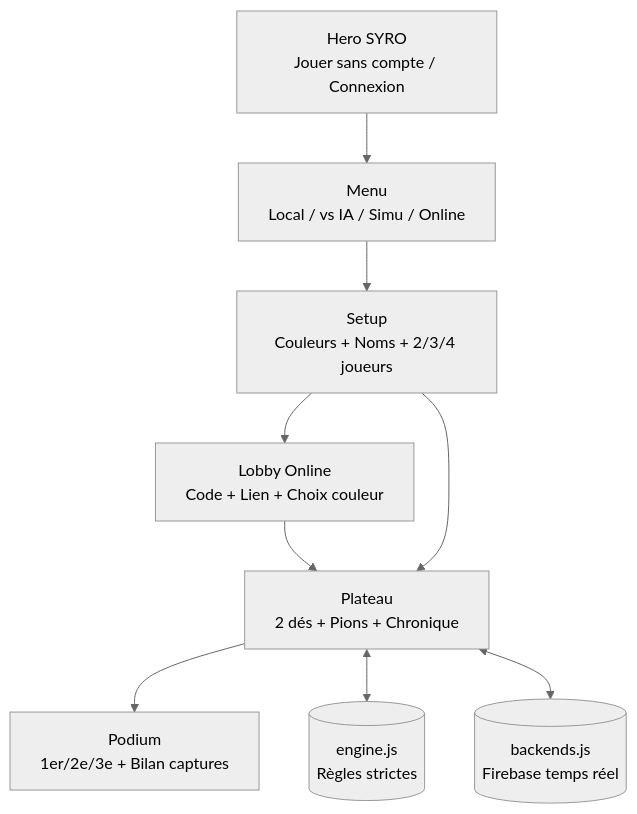
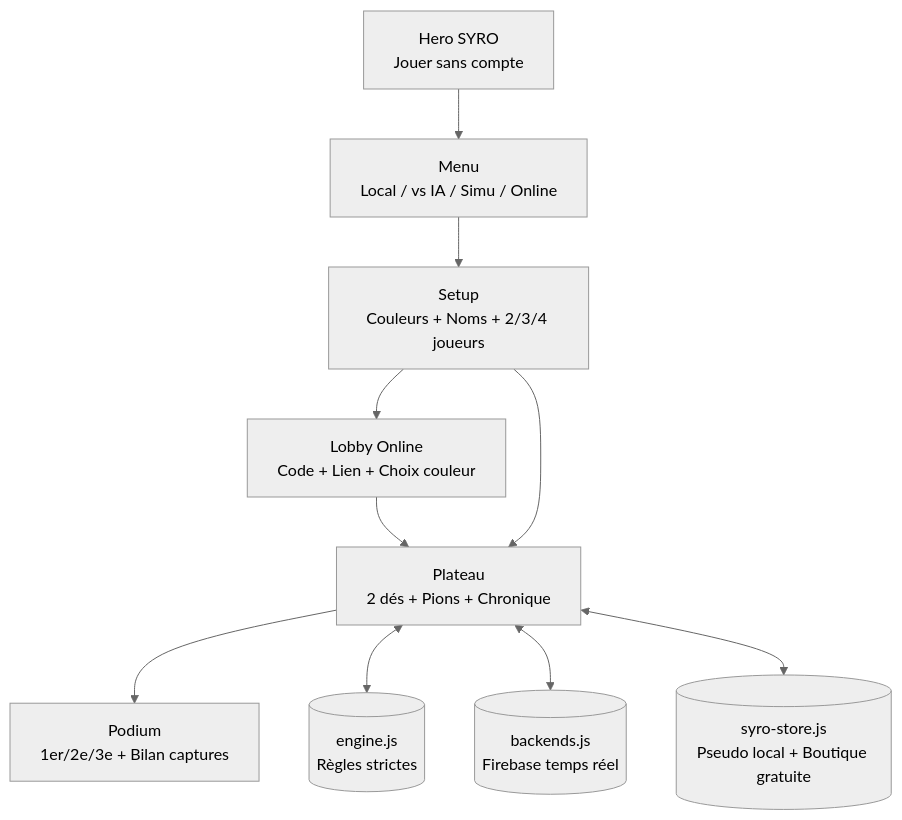
Before and after one commit to yriexdejesuse-sketch/ludo: the diagram in README.md, drawn with Mermaid (neutral theme). The commit also changed other lines of this file and 2 other files, not shown here.

````diff
--- a/README.md
+++ b/README.md
@@ -78,12 +95,13 @@
 ```mermaid
 graph TD
-    HERO[Hero SYRO<br/>Jouer sans compte / Connexion] --> MENU[Menu<br/>Local / vs IA / Simu / Online]
+    HERO[Hero SYRO<br/>Jouer sans compte] --> MENU[Menu<br/>Local / vs IA / Simu / Online]
     MENU --> SETUP[Setup<br/>Couleurs + Noms + 2/3/4 joueurs]
     SETUP --> LOBBY[Lobby Online<br/>Code + Lien + Choix couleur]
     LOBBY --> GAME[Plateau<br/>2 dés + Pions + Chronique]
     SETUP --> GAME
     GAME --> OVER[Podium<br/>1er/2e/3e + Bilan captures]
 
     GAME <--> ENGINE[(engine.js<br/>Règles strictes)]
     GAME <--> BACKEND[(backends.js<br/>Firebase temps réel)]
+    GAME <--> STORE[(syro-store.js<br/>Pseudo local + Boutique gratuite)]
 ```
````
